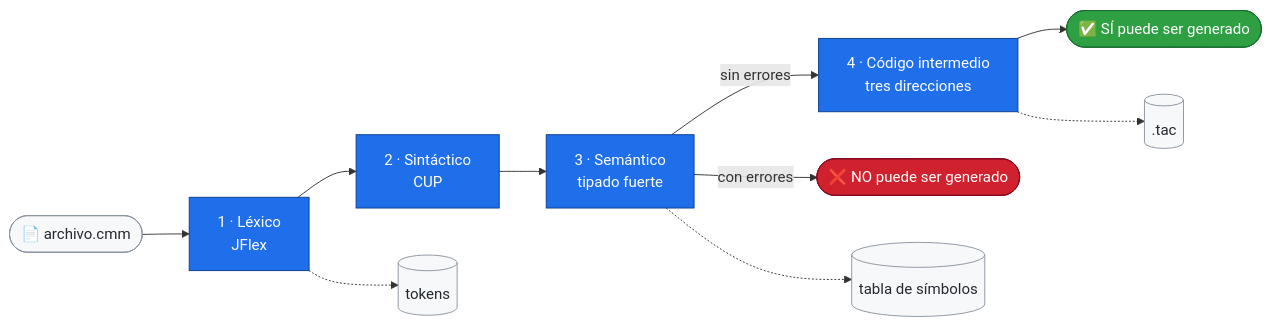
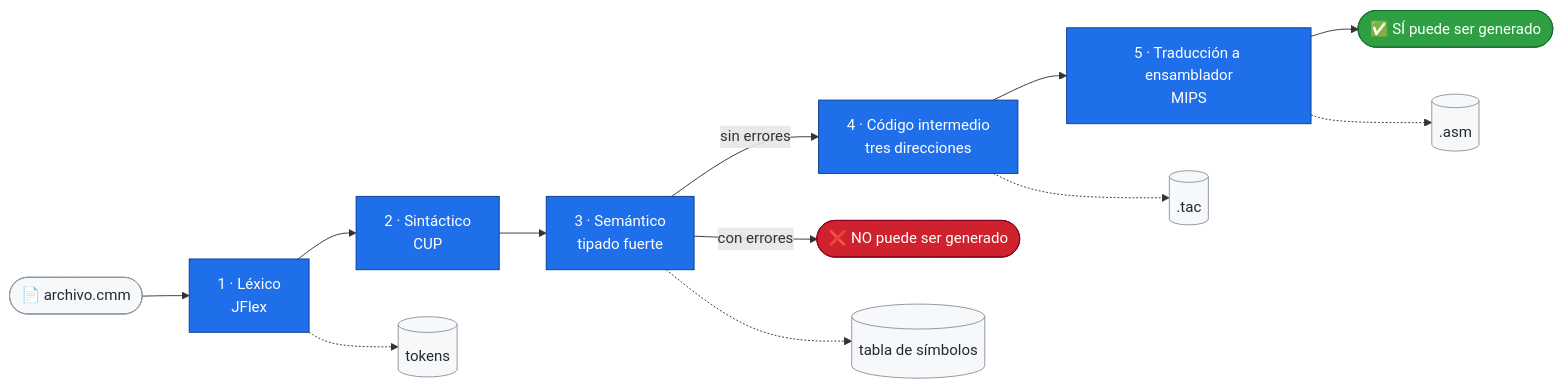
Before and after one commit to Alice-Arias/Proyecto-3-Generacion-Codigo-Destino-MIPS-: the diagram in README.md, drawn with Mermaid. The commit also changed other lines of this file, not shown here.

````diff
--- a/README.md
+++ b/README.md
@@ -29,21 +9,23 @@
 ```mermaid
 flowchart LR
     A([📄 archivo.cmm]) --> L[1 · Léxico<br/>JFlex]
     L --> S[2 · Sintáctico<br/>CUP]
     S --> M[3 · Semántico<br/>tipado fuerte]
     M -->|sin errores| G[4 · Código intermedio<br/>tres direcciones]
     M -->|con errores| E([❌ NO puede ser generado])
-    G --> OK([✅ SÍ puede ser generado])
+    G --> ASM[5 · Traducción a ensamblador<br/>MIPS]
+    ASM --> OK([✅ SÍ puede ser generado])
     L -.-> T[(tokens)]
     M -.-> TS[(tabla de símbolos)]
     G -.-> TAC[(.tac)]
+    ASM -.-> OUT[(.asm)]
 
     classDef fase fill:#1F6FEB,stroke:#0B3D91,color:#fff
     classDef bien fill:#2EA043,stroke:#196C2E,color:#fff
     classDef mal fill:#CF222E,stroke:#82071E,color:#fff
     classDef archivo fill:#F6F8FA,stroke:#8C959F,color:#24292F
-    class L,S,M,G fase
+    class L,S,M,G,ASM fase
     class OK bien
     class E mal
-    class A,T,TS,TAC archivo
+    class A,T,TS,TAC,OUT archivo
 ```
````
